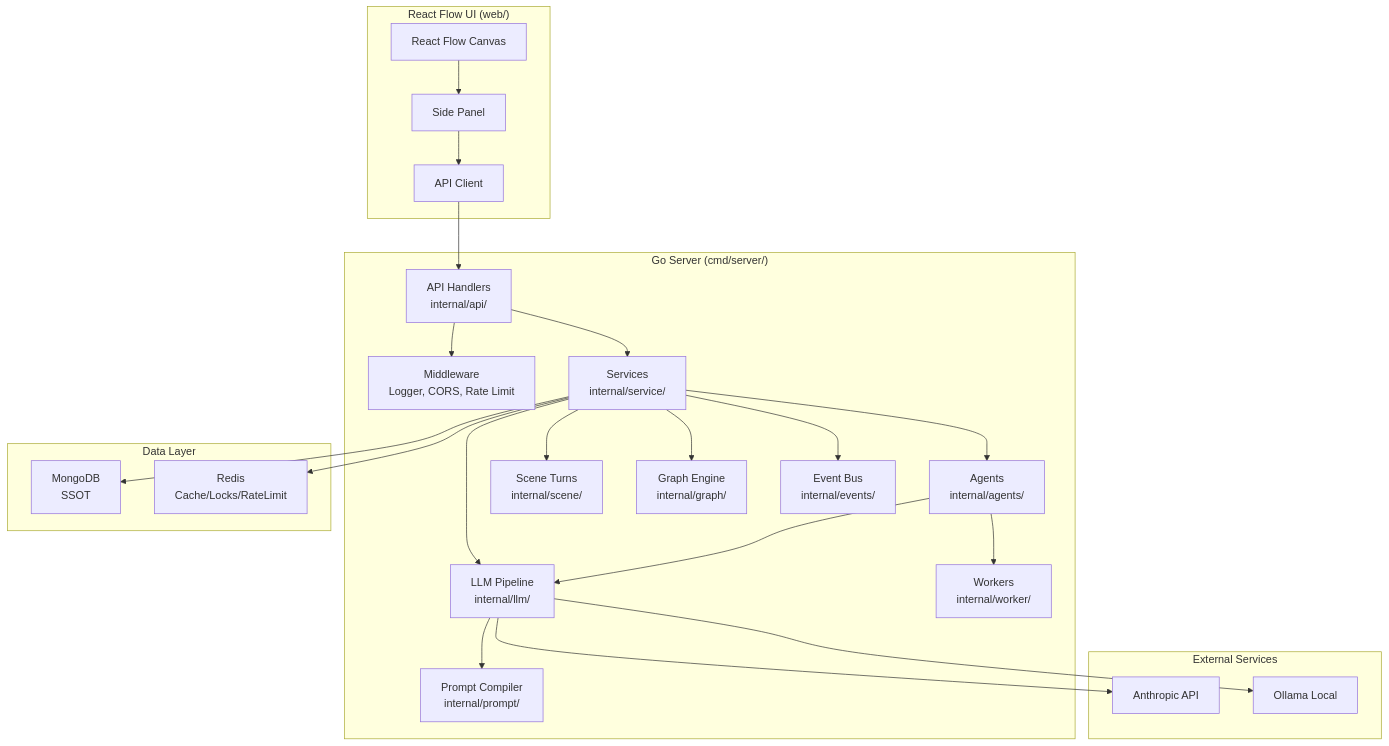
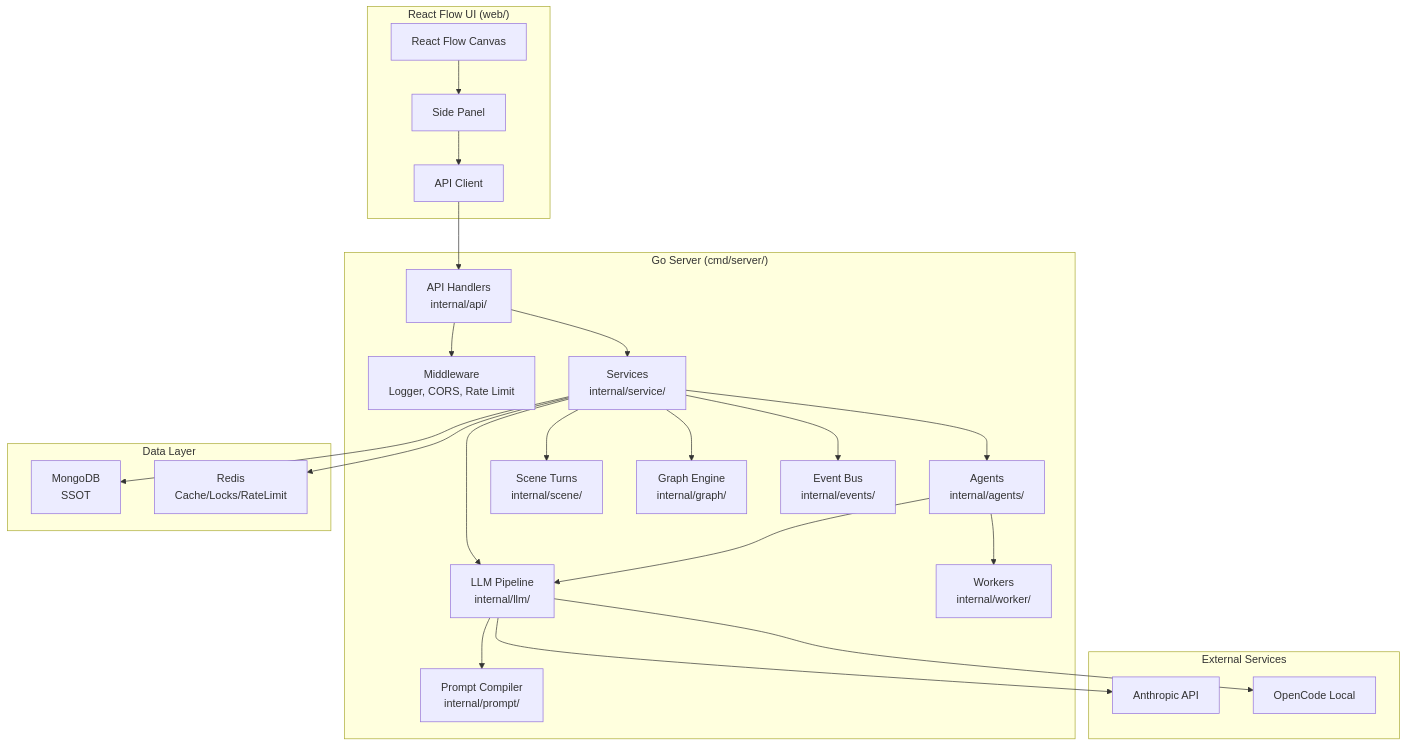
One commit to premchandkpc/story-builder changed the first of 7 diagrams in docs/visual/architecture-overview.md. Above: the diagram before and after it, drawn with Mermaid. The commit also changed 23 other files, not shown here.

````diff
--- a/docs/visual/architecture-overview.md
+++ b/docs/visual/architecture-overview.md
@@ -5,49 +5,49 @@
 ```mermaid
 graph TB
     subgraph Frontend["React Flow UI (web/)"]
         RF[React Flow Canvas]
         SP[Side Panel]
         API[API Client]
     end
 
     subgraph Backend["Go Server (cmd/server/)"]
         MW[Middleware<br/>Logger, CORS, Rate Limit]
         AH[API Handlers<br/>internal/api/]
         SV[Services<br/>internal/service/]
         AG[Agents<br/>internal/agents/]
         SC[Scene Turns<br/>internal/scene/]
         GR[Graph Engine<br/>internal/graph/]
         LLM[LLM Pipeline<br/>internal/llm/]
         PM[Prompt Compiler<br/>internal/prompt/]
         WK[Workers<br/>internal/worker/]
         EV[Event Bus<br/>internal/events/]
     end
 
     subgraph Storage["Data Layer"]
         MG[MongoDB<br/>SSOT]
         RD[Redis<br/>Cache/Locks/RateLimit]
     end
 
     subgraph External["External Services"]
         AN[Anthropic API]
-        OL[Ollama Local]
+        OL[OpenCode Local]
     end
 
     RF --> SP
     SP --> API
     API --> AH
     AH --> MW
     AH --> SV
     SV --> GR
     SV --> LLM
     SV --> SC
     SV --> AG
     SV --> EV
     AG --> LLM
     AG --> WK
     LLM --> PM
     SV --> MG
     SV --> RD
     LLM --> AN
     LLM --> OL
 ```
````
